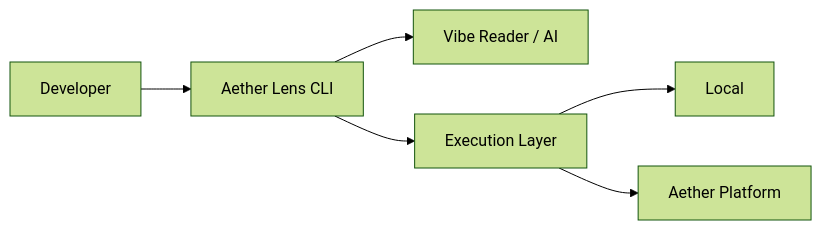
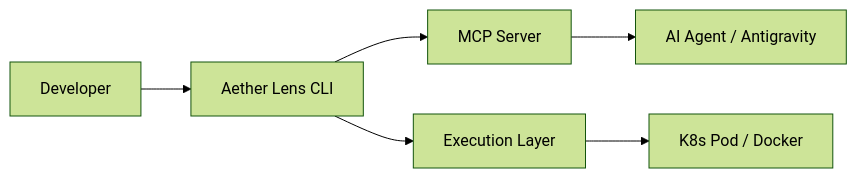
One commit to aether-platform/aether-lens-docs changed the diagram in src/content/docs/en/technology/architecture.mdx. Above: the diagram before and after it, drawn with Mermaid (forest theme). The commit also changed other lines of this file and 7 other files, not shown here.

````diff
--- a/src/content/docs/en/technology/architecture.mdx
+++ b/src/content/docs/en/technology/architecture.mdx
@@ -12,8 +12,8 @@
 ```mermaid
 graph LR
     U[Developer] --> CLI[Aether Lens CLI]
-    CLI --> AI[Vibe Reader / AI]
+    CLI --> MCP[MCP Server]
+    MCP --> Agent[AI Agent / Antigravity]
     CLI --> EX[Execution Layer]
-    EX --> Local[Local]
-    EX --> Cloud[Aether Platform]
+    EX --> Pod[K8s Pod / Docker]
 ```
````
